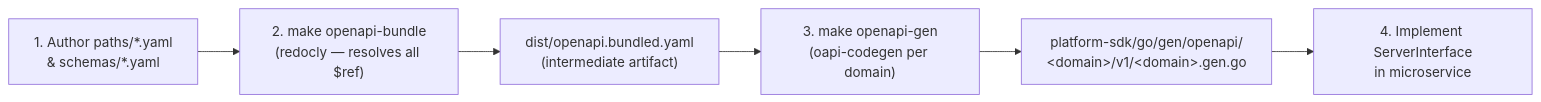
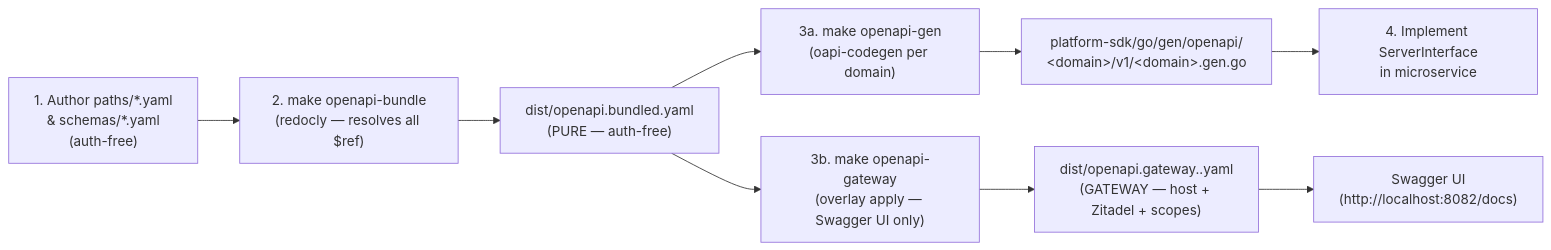
Before and after one commit to iamraydoan/factoryos: the diagram in docs/07-api/README.md, drawn with Mermaid. The commit also changed other lines of this file and 3 other files, not shown here.

Commit message:
feat(docs): update README and ADR-0008 to reflect OpenAPI contract and gateway auth split

````diff
--- a/docs/07-api/README.md
+++ b/docs/07-api/README.md
@@ -46,8 +49,11 @@
 ```mermaid
 graph LR
-    A["1. Author paths/*.yaml\n& schemas/*.yaml"] --> B["2. make openapi-bundle\n(redocly — resolves all $ref)"]
-    B --> C["dist/openapi.bundled.yaml\n(intermediate artifact)"]
-    C --> D["3. make openapi-gen\n(oapi-codegen per domain)"]
+    A["1. Author paths/*.yaml\n& schemas/*.yaml\n(auth-free)"] --> B["2. make openapi-bundle\n(redocly — resolves all $ref)"]
+    B --> C["dist/openapi.bundled.yaml\n(PURE — auth-free)"]
+    C --> D["3a. make openapi-gen\n(oapi-codegen per domain)"]
+    C --> G["3b. make openapi-gateway\n(overlay apply — Swagger UI only)"]
     D --> E["platform-sdk/go/gen/openapi/\n&lt;domain&gt;/v1/&lt;domain&gt;.gen.go"]
     E --> F["4. Implement ServerInterface\nin microservice"]
+    G --> H["dist/openapi.gateway.<env>.yaml\n(GATEWAY — host + Zitadel + scopes)"]
+    H --> I["Swagger UI\n(http://localhost:8082/docs)"]
 ```
````
